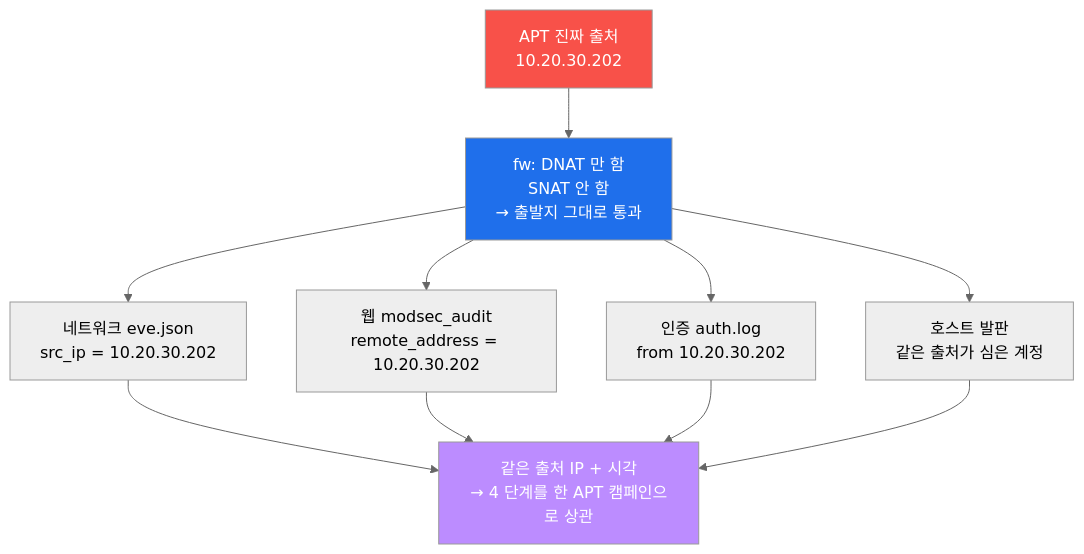
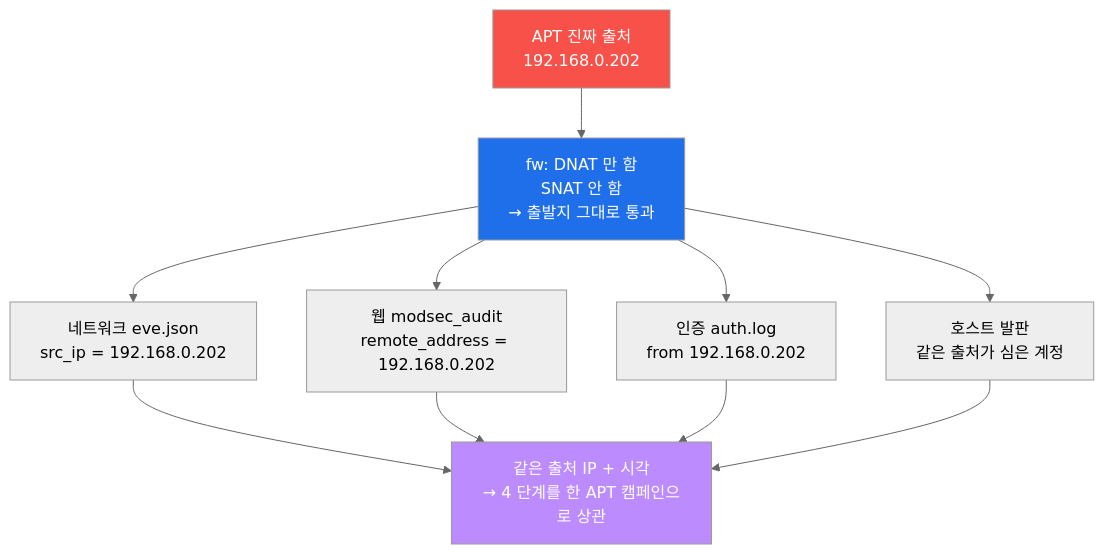
Before and after one commit to mrgrit/tw2: the fifth of 7 diagrams in contents/training/soc/lecture_week15.md, drawn with Mermaid (neutral theme). The commit also changed other lines of this file and 304 other files, not shown here.

````diff
--- a/contents/training/soc/lecture_week15.md
+++ b/contents/training/soc/lecture_week15.md
@@ -406,18 +406,18 @@
 ```mermaid
 graph TD
-    ATK["APT 진짜 출처<br/>10.20.30.202"]
+    ATK["APT 진짜 출처<br/>192.168.0.202"]
     FW["fw: DNAT 만 함<br/>SNAT 안 함<br/>→ 출발지 그대로 통과"]
-    A["네트워크 eve.json<br/>src_ip = 10.20.30.202"]
-    B["웹 modsec_audit<br/>remote_address = 10.20.30.202"]
-    C["인증 auth.log<br/>from 10.20.30.202"]
+    A["네트워크 eve.json<br/>src_ip = 192.168.0.202"]
+    B["웹 modsec_audit<br/>remote_address = 192.168.0.202"]
+    C["인증 auth.log<br/>from 192.168.0.202"]
     D["호스트 발판<br/>같은 출처가 심은 계정"]
     KEY["같은 출처 IP + 시각<br/>→ 4 단계를 한 APT 캠페인으로 상관"]
     ATK --> FW
     FW --> A --> KEY
     FW --> B --> KEY
     FW --> C --> KEY
     FW --> D --> KEY
     style ATK fill:#f85149,color:#fff
     style FW fill:#1f6feb,color:#fff
     style KEY fill:#bc8cff,color:#fff
 ```
````
